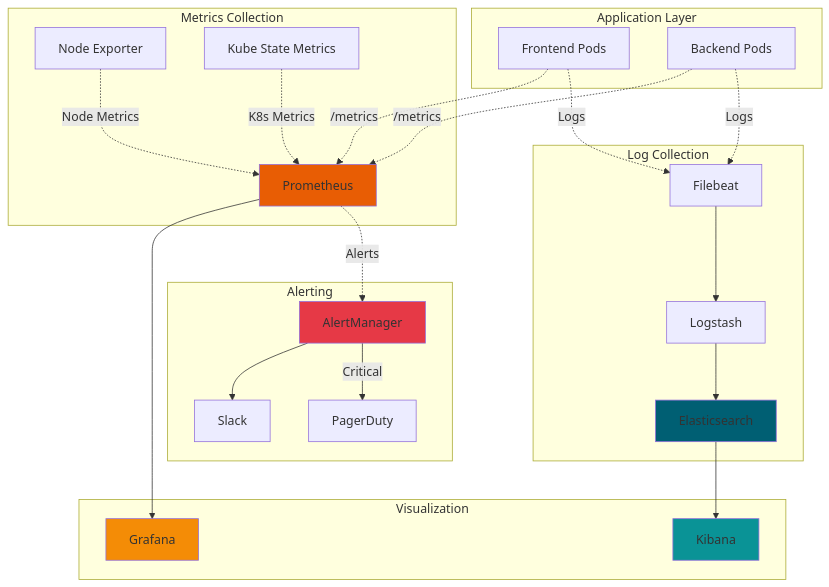
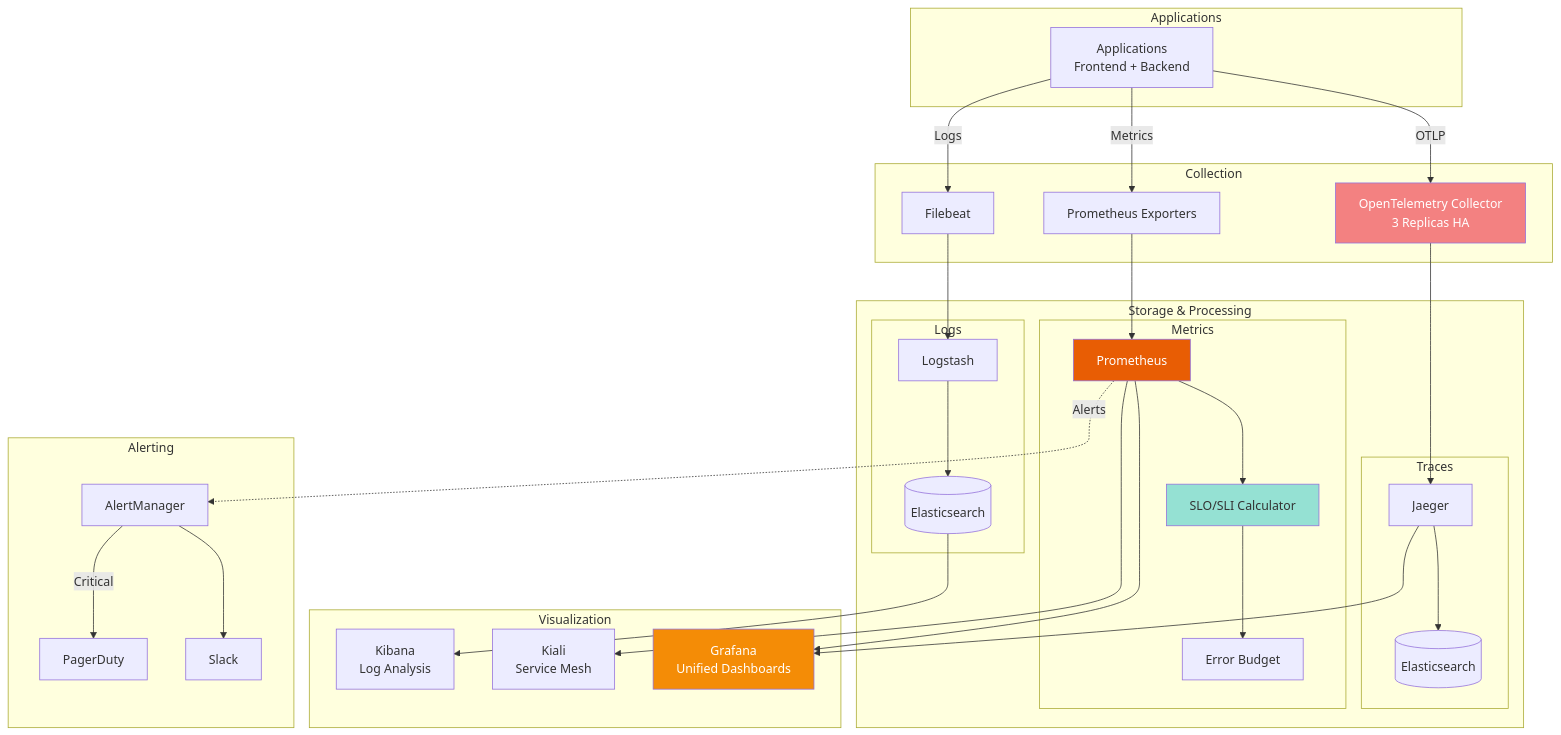
The seventh of 9 diagrams in DEVOPS.md (Derek-miranda/DocuThinker-AI), drawn with Mermaid before and after one commit. The commit also changed other lines of this file and 36 other files, not shown here.

````diff
--- a/DEVOPS.md
+++ b/DEVOPS.md
@@ -447,53 +689,70 @@
 ```mermaid
 graph TB
-    subgraph "Application Layer"
-        FE[Frontend Pods]
-        BE[Backend Pods]
+    subgraph "Applications"
+        APP[Applications<br/>Frontend + Backend]
     end
 
-    subgraph "Metrics Collection"
-        PROM[Prometheus]
-        NODE_EXP[Node Exporter]
-        KUBE_STATE[Kube State Metrics]
-
-        FE -.->|/metrics| PROM
-        BE -.->|/metrics| PROM
-        NODE_EXP -.->|Node Metrics| PROM
-        KUBE_STATE -.->|K8s Metrics| PROM
+    subgraph "Collection"
+        OTEL[OpenTelemetry Collector<br/>3 Replicas HA]
+        PROM_EXP[Prometheus Exporters]
+        FILEBEAT[Filebeat]
     end
 
-    subgraph "Log Collection"
-        FILEBEAT[Filebeat]
-        LOGSTASH[Logstash]
-        ELASTIC[Elasticsearch]
+    subgraph "Storage & Processing"
+        subgraph "Traces"
+            JAEGER[Jaeger]
+            ES_TRACE[(Elasticsearch)]
+        end
 
-        FE -.->|Logs| FILEBEAT
-        BE -.->|Logs| FILEBEAT
-        FILEBEAT --> LOGSTASH
-        LOGSTASH --> ELASTIC
+        subgraph "Metrics"
+            PROM[Prometheus]
+            SLO_CALC[SLO/SLI Calculator]
+            ERROR_BUDGET[Error Budget]
+        end
+
+        subgraph "Logs"
+            LOGSTASH[Logstash]
+            ES_LOG[(Elasticsearch)]
+        end
     end
 
     subgraph "Visualization"
-        GRAFANA[Grafana]
-        KIBANA[Kibana]
-
-        PROM --> GRAFANA
-        ELASTIC --> KIBANA
+        GRAF[Grafana<br/>Unified Dashboards]
+        KIBANA[Kibana<br/>Log Analysis]
+        KIALI[Kiali<br/>Service Mesh]
     end
 
     subgraph "Alerting"
-        ALERT_MGR[AlertManager]
+        ALERT[AlertManager]
         SLACK[Slack]
-        PAGERDUTY[PagerDuty]
-
-        PROM -.->|Alerts| ALERT_MGR
-        ALERT_MGR --> SLACK
-        ALERT_MGR -->|Critical| PAGERDUTY
+        PD[PagerDuty]
     end
 
-    style PROM fill:#E85D04
-    style GRAFANA fill:#F48C06
-    style ELASTIC fill:#005F73
-    style KIBANA fill:#0A9396
-    style ALERT_MGR fill:#E63946
+    APP -->|OTLP| OTEL
+    APP -->|Metrics| PROM_EXP
+    APP -->|Logs| FILEBEAT
+
+    OTEL --> JAEGER
+    JAEGER --> ES_TRACE
+
+    PROM_EXP --> PROM
+    PROM --> SLO_CALC
+    SLO_CALC --> ERROR_BUDGET
+
+    FILEBEAT --> LOGSTASH
+    LOGSTASH --> ES_LOG
+
+    PROM --> GRAF
+    JAEGER --> GRAF
+    ES_LOG --> KIBANA
+    PROM --> KIALI
+
+    PROM -.->|Alerts| ALERT
+    ALERT --> SLACK
+    ALERT -->|Critical| PD
+
+    style OTEL fill:#F38181,color:#fff
+    style PROM fill:#E85D04,color:#fff
+    style GRAF fill:#F48C06,color:#fff
+    style SLO_CALC fill:#95E1D3
 ```
````
